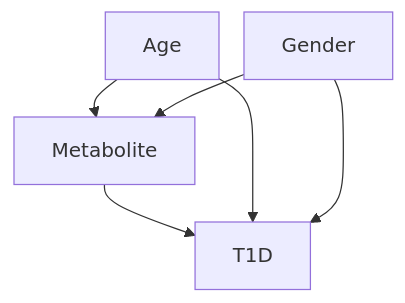
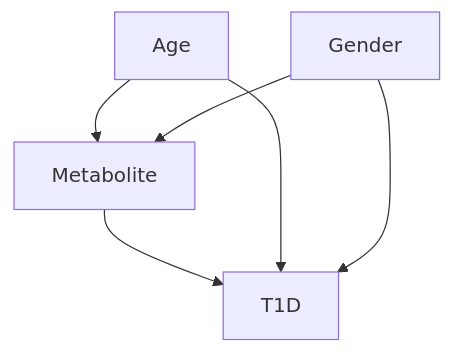
One commit to rostools/r-cubed-advanced changed the fourth of 4 diagrams in sessions/stats-analyses-basic.qmd. Above: the diagram before and after it, drawn with Mermaid. The commit also changed other lines of this file and 2 other files, not shown here.

Commit message:
style: :fire: don't need these Mermaid settings anymore

````diff
--- a/sessions/stats-analyses-basic.qmd
+++ b/sessions/stats-analyses-basic.qmd
@@ -290,10 +287,9 @@
 ```{mermaid fig-model-research-question}
 %%| label: fig-model-research-question
 %%| fig-cap: A simple theoretical model of the research question about T1D status.
 %%| echo: false
 %%| eval: true
-%%{init:{'flowchart':{'nodeSpacing': 20, 'rankSpacing':30}, 'themeVariables': { 'edgeLabelBackground': 'transparent'}}}%%
 graph TB
     Metabolite --> T1D
     Age & Gender --> T1D & Metabolite
 ```
````
